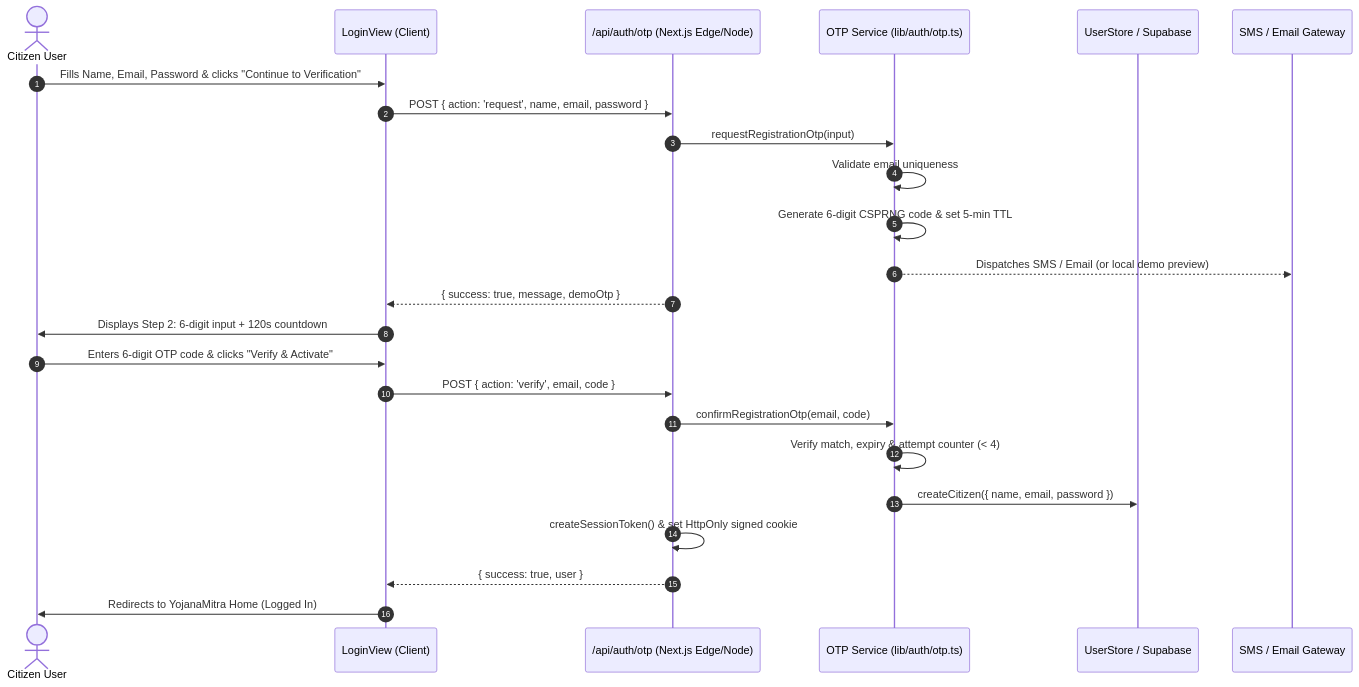
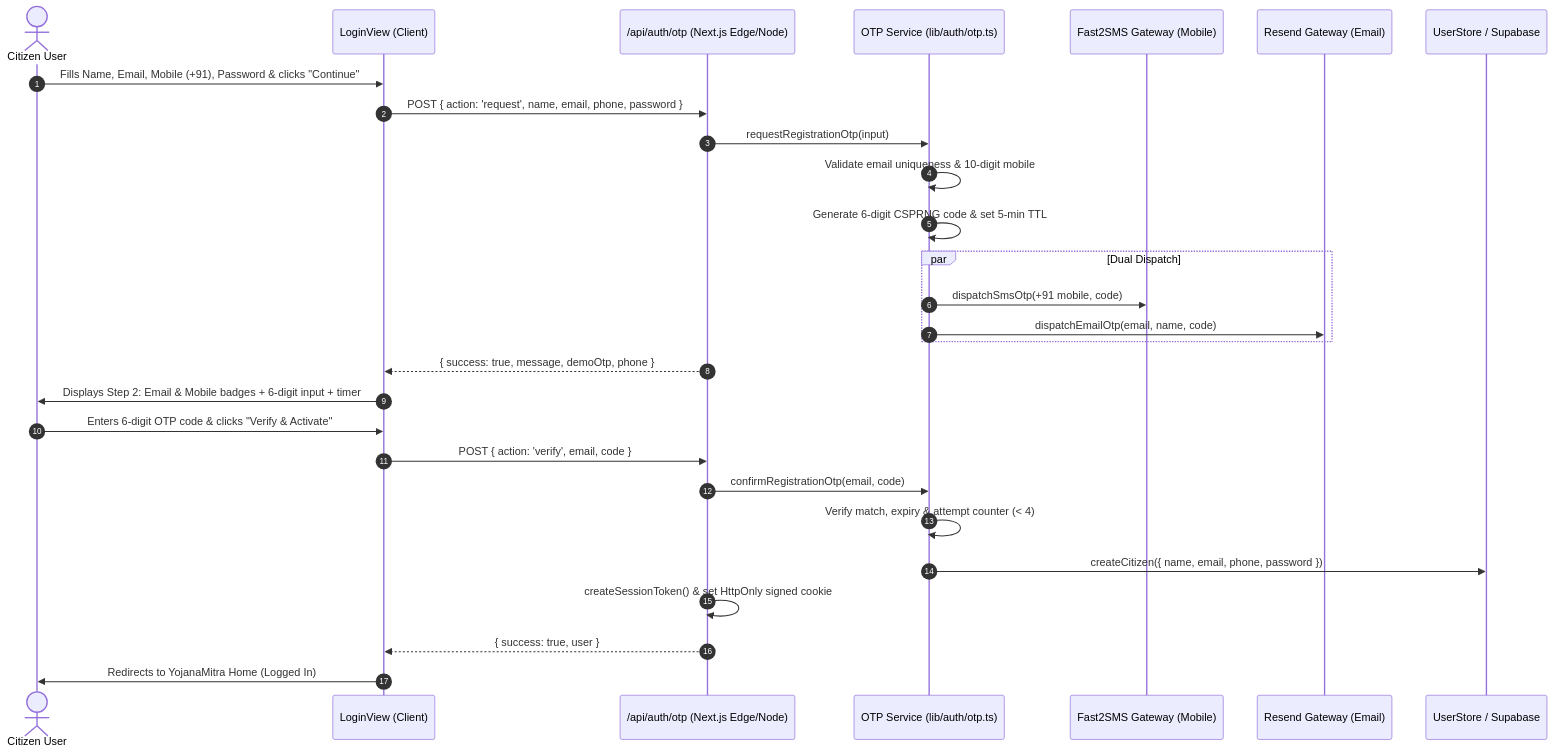
One commit to developerskull/YojanaMitra changed the diagram in docs/OTP_GUIDE.md. Above: the diagram before and after it, drawn with Mermaid. The commit also changed other lines of this file and 15 other files, not shown here.

Commit message:
feat(auth): enable dual OTP delivery to email and mobile SMS with Indian phone validation

````diff
--- a/docs/OTP_GUIDE.md
+++ b/docs/OTP_GUIDE.md
@@ -15,27 +15,31 @@
 ```mermaid
 sequenceDiagram
     autonumber
     actor Citizen as Citizen User
     participant UI as LoginView (Client)
     participant API as /api/auth/otp (Next.js Edge/Node)
     participant Engine as OTP Service (lib/auth/otp.ts)
+    participant SMS as Fast2SMS Gateway (Mobile)
+    participant Mail as Resend Gateway (Email)
     participant DB as UserStore / Supabase
-    participant Gateway as SMS / Email Gateway
 
-    Citizen->>UI: Fills Name, Email, Password & clicks "Continue to Verification"
-    UI->>API: POST { action: 'request', name, email, password }
+    Citizen->>UI: Fills Name, Email, Mobile (+91), Password & clicks "Continue"
+    UI->>API: POST { action: 'request', name, email, phone, password }
     API->>Engine: requestRegistrationOtp(input)
-    Engine->>Engine: Validate email uniqueness
+    Engine->>Engine: Validate email uniqueness & 10-digit mobile
     Engine->>Engine: Generate 6-digit CSPRNG code & set 5-min TTL
-    Engine-->>Gateway: Dispatches SMS / Email (or local demo preview)
-    API-->>UI: { success: true, message, demoOtp }
-    UI->>Citizen: Displays Step 2: 6-digit input + 120s countdown
+    par Dual Dispatch
+        Engine->>SMS: dispatchSmsOtp(+91 mobile, code)
+        Engine->>Mail: dispatchEmailOtp(email, name, code)
+    end
+    API-->>UI: { success: true, message, demoOtp, phone }
+    UI->>Citizen: Displays Step 2: Email & Mobile badges + 6-digit input + timer
     Citizen->>UI: Enters 6-digit OTP code & clicks "Verify & Activate"
     UI->>API: POST { action: 'verify', email, code }
     API->>Engine: confirmRegistrationOtp(email, code)
     Engine->>Engine: Verify match, expiry & attempt counter (< 4)
-    Engine->>DB: createCitizen({ name, email, password })
+    Engine->>DB: createCitizen({ name, email, phone, password })
     API->>API: createSessionToken() & set HttpOnly signed cookie
     API-->>UI: { success: true, user }
     UI->>Citizen: Redirects to YojanaMitra Home (Logged In)
 ```
````
